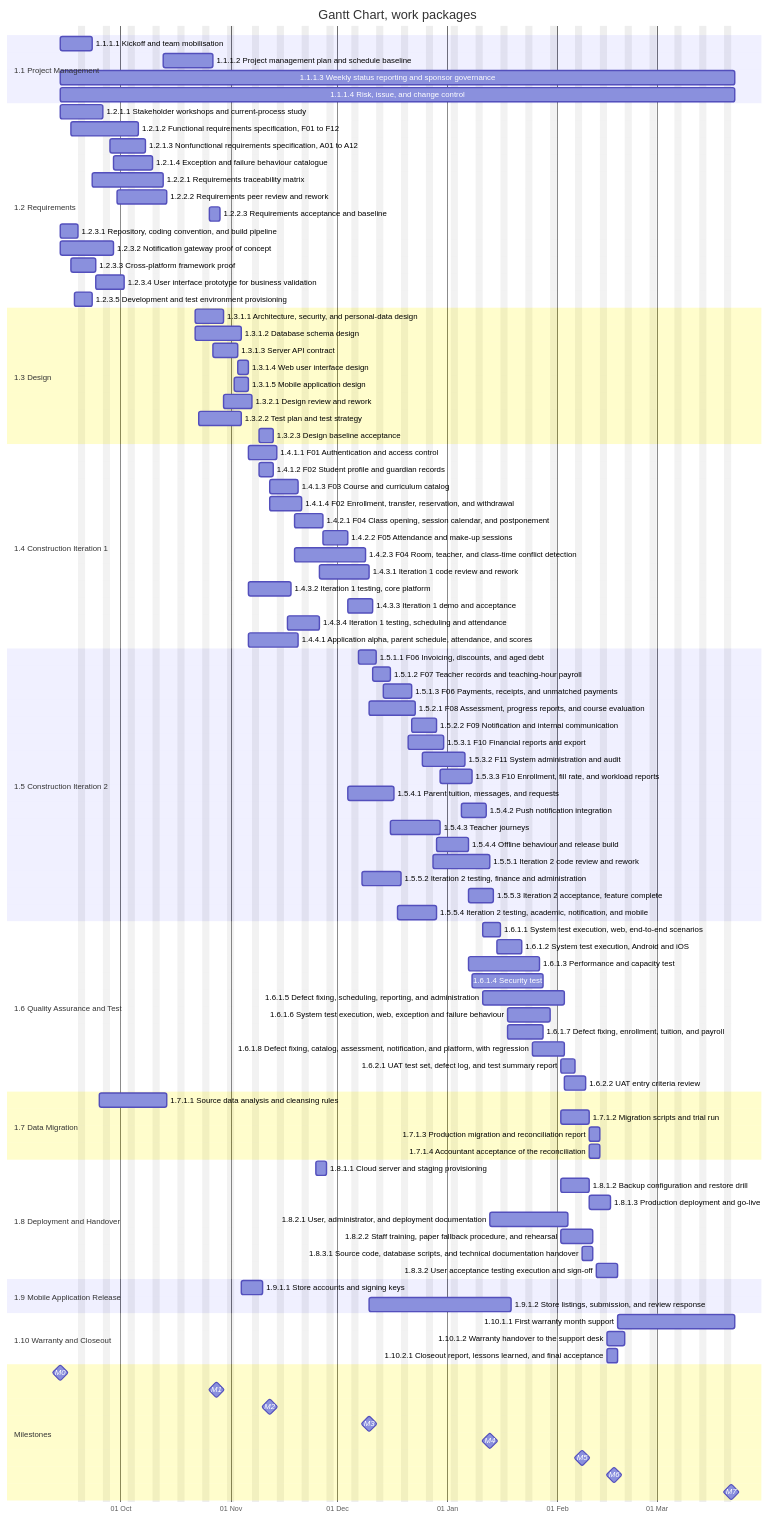
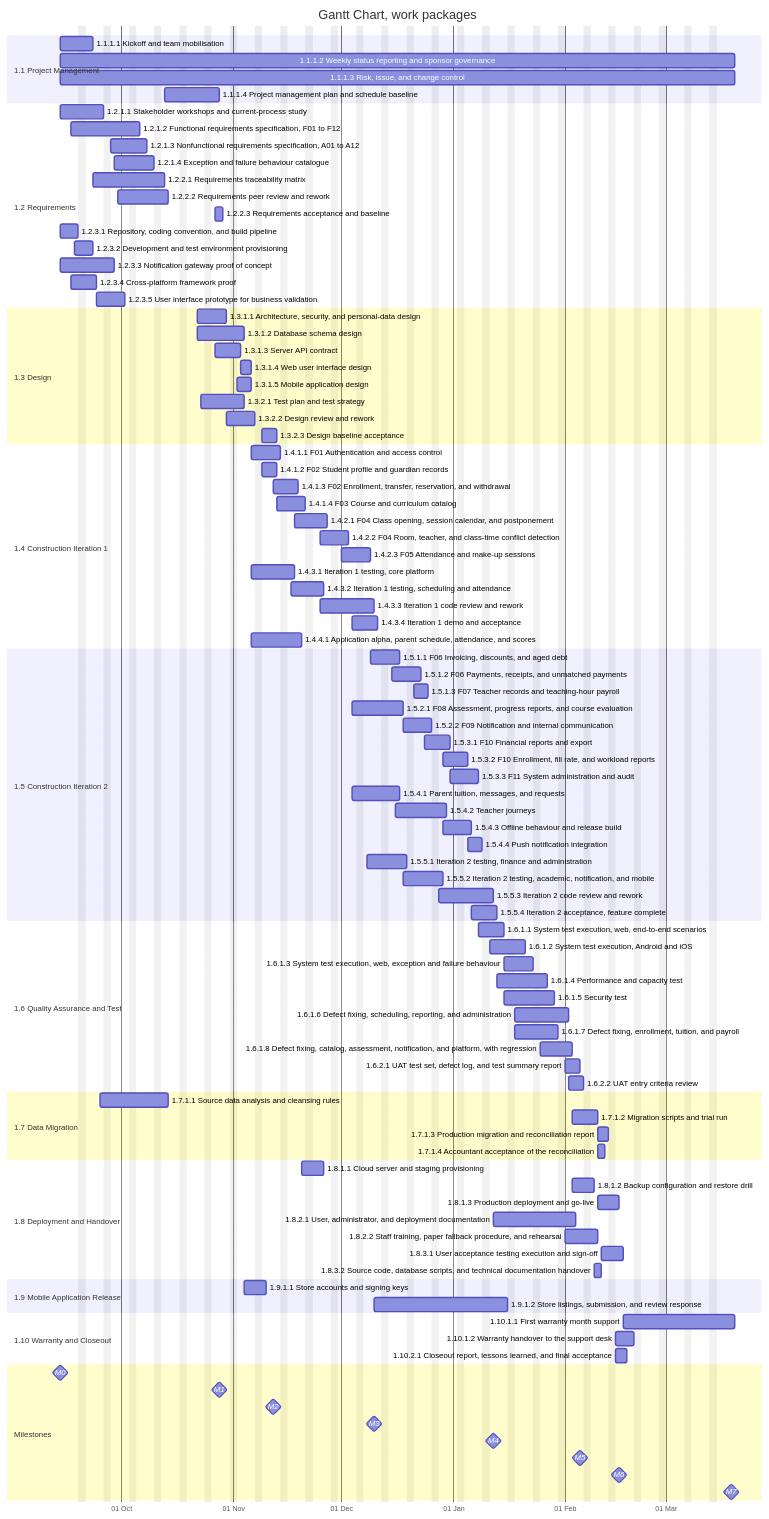
The diagram in docs/forms/2-18-project-schedule.en.md (VattenL/qldapm), drawn with Mermaid before and after one commit. The commit also changed other lines of this file and 11 other files, not shown here.

````diff
--- a/docs/forms/2-18-project-schedule.en.md
+++ b/docs/forms/2-18-project-schedule.en.md
@@ -351,9 +351,9 @@
     excludes weekends
     section 1.1 Project Management
     1.1.1.1 Kickoff and team mobilisation :2026-09-14, 2026-09-23
-    1.1.1.2 Project management plan and schedule baseline :2026-10-13, 2026-10-27
-    1.1.1.3 Weekly status reporting and sponsor governance :2026-09-14, 2027-03-23
-    1.1.1.4 Risk, issue, and change control :2026-09-14, 2027-03-23
+    1.1.1.2 Weekly status reporting and sponsor governance :2026-09-14, 2027-03-20
+    1.1.1.3 Risk, issue, and change control :2026-09-14, 2027-03-20
+    1.1.1.4 Project management plan and schedule baseline :2026-10-13, 2026-10-28
     section 1.2 Requirements
     1.2.1.1 Stakeholder workshops and current-process study :2026-09-14, 2026-09-26
     1.2.1.2 Functional requirements specification, F01 to F12 :2026-09-17, 2026-10-06
@@ -361,80 +361,80 @@
     1.2.1.4 Exception and failure behaviour catalogue :2026-09-29, 2026-10-10
     1.2.2.1 Requirements traceability matrix :2026-09-23, 2026-10-13
     1.2.2.2 Requirements peer review and rework :2026-09-30, 2026-10-14
-    1.2.2.3 Requirements acceptance and baseline :2026-10-26, 2026-10-29
+    1.2.2.3 Requirements acceptance and baseline :2026-10-27, 2026-10-29
     1.2.3.1 Repository, coding convention, and build pipeline :2026-09-14, 2026-09-19
-    1.2.3.2 Notification gateway proof of concept :2026-09-14, 2026-09-29
-    1.2.3.3 Cross-platform framework proof :2026-09-17, 2026-09-24
-    1.2.3.4 User interface prototype for business validation :2026-09-24, 2026-10-02
-    1.2.3.5 Development and test environment provisioning :2026-09-18, 2026-09-23
+    1.2.3.2 Development and test environment provisioning :2026-09-18, 2026-09-23
+    1.2.3.3 Notification gateway proof of concept :2026-09-14, 2026-09-29
+    1.2.3.4 Cross-platform framework proof :2026-09-17, 2026-09-24
+    1.2.3.5 User interface prototype for business validation :2026-09-24, 2026-10-02
     section 1.3 Design
     1.3.1.1 Architecture, security, and personal-data design :2026-10-22, 2026-10-30
     1.3.1.2 Database schema design :2026-10-22, 2026-11-04
     1.3.1.3 Server API contract :2026-10-27, 2026-11-03
     1.3.1.4 Web user interface design :2026-11-03, 2026-11-06
     1.3.1.5 Mobile application design :2026-11-02, 2026-11-06
-    1.3.2.1 Design review and rework :2026-10-30, 2026-11-07
-    1.3.2.2 Test plan and test strategy :2026-10-23, 2026-11-04
+    1.3.2.1 Test plan and test strategy :2026-10-23, 2026-11-04
+    1.3.2.2 Design review and rework :2026-10-30, 2026-11-07
     1.3.2.3 Design baseline acceptance :2026-11-09, 2026-11-13
     section 1.4 Construction Iteration 1
     1.4.1.1 F01 Authentication and access control :2026-11-06, 2026-11-14
     1.4.1.2 F02 Student profile and guardian records :2026-11-09, 2026-11-13
-    1.4.1.3 F03 Course and curriculum catalog :2026-11-12, 2026-11-20
-    1.4.1.4 F02 Enrollment, transfer, reservation, and withdrawal :2026-11-12, 2026-11-21
-    1.4.2.1 F04 Class opening, session calendar, and postponement :2026-11-19, 2026-11-27
-    1.4.2.2 F05 Attendance and make-up sessions :2026-11-27, 2026-12-04
-    1.4.2.3 F04 Room, teacher, and class-time conflict detection :2026-11-19, 2026-12-09
-    1.4.3.1 Iteration 1 code review and rework :2026-11-26, 2026-12-10
-    1.4.3.2 Iteration 1 testing, core platform :2026-11-06, 2026-11-18
-    1.4.3.3 Iteration 1 demo and acceptance :2026-12-04, 2026-12-11
-    1.4.3.4 Iteration 1 testing, scheduling and attendance :2026-11-17, 2026-11-26
+    1.4.1.3 F02 Enrollment, transfer, reservation, and withdrawal :2026-11-12, 2026-11-19
+    1.4.1.4 F03 Course and curriculum catalog :2026-11-13, 2026-11-21
+    1.4.2.1 F04 Class opening, session calendar, and postponement :2026-11-18, 2026-11-27
+    1.4.2.2 F04 Room, teacher, and class-time conflict detection :2026-11-25, 2026-12-03
+    1.4.2.3 F05 Attendance and make-up sessions :2026-12-01, 2026-12-09
+    1.4.3.1 Iteration 1 testing, core platform :2026-11-06, 2026-11-18
+    1.4.3.2 Iteration 1 testing, scheduling and attendance :2026-11-17, 2026-11-26
+    1.4.3.3 Iteration 1 code review and rework :2026-11-25, 2026-12-10
+    1.4.3.4 Iteration 1 demo and acceptance :2026-12-04, 2026-12-11
     1.4.4.1 Application alpha, parent schedule, attendance, and scores :2026-11-06, 2026-11-20
     section 1.5 Construction Iteration 2
-    1.5.1.1 F06 Invoicing, discounts, and aged debt :2026-12-07, 2026-12-12
-    1.5.1.2 F07 Teacher records and teaching-hour payroll :2026-12-11, 2026-12-16
-    1.5.1.3 F06 Payments, receipts, and unmatched payments :2026-12-14, 2026-12-22
-    1.5.2.1 F08 Assessment, progress reports, and course evaluation :2026-12-10, 2026-12-23
-    1.5.2.2 F09 Notification and internal communication :2026-12-22, 2026-12-29
-    1.5.3.1 F10 Financial reports and export :2026-12-21, 2026-12-31
-    1.5.3.2 F11 System administration and audit :2026-12-25, 2027-01-06
-    1.5.3.3 F10 Enrollment, fill rate, and workload reports :2026-12-30, 2027-01-08
+    1.5.1.1 F06 Invoicing, discounts, and aged debt :2026-12-09, 2026-12-17
+    1.5.1.2 F06 Payments, receipts, and unmatched payments :2026-12-15, 2026-12-23
+    1.5.1.3 F07 Teacher records and teaching-hour payroll :2026-12-21, 2026-12-25
+    1.5.2.1 F08 Assessment, progress reports, and course evaluation :2026-12-04, 2026-12-18
+    1.5.2.2 F09 Notification and internal communication :2026-12-18, 2026-12-26
+    1.5.3.1 F10 Financial reports and export :2026-12-24, 2026-12-31
+    1.5.3.2 F10 Enrollment, fill rate, and workload reports :2026-12-29, 2027-01-05
+    1.5.3.3 F11 System administration and audit :2026-12-31, 2027-01-08
     1.5.4.1 Parent tuition, messages, and requests :2026-12-04, 2026-12-17
-    1.5.4.2 Push notification integration :2027-01-05, 2027-01-12
-    1.5.4.3 Teacher journeys :2026-12-16, 2026-12-30
-    1.5.4.4 Offline behaviour and release build :2026-12-29, 2027-01-07
-    1.5.5.1 Iteration 2 code review and rework :2026-12-28, 2027-01-13
-    1.5.5.2 Iteration 2 testing, finance and administration :2026-12-08, 2026-12-19
-    1.5.5.3 Iteration 2 acceptance, feature complete :2027-01-07, 2027-01-14
-    1.5.5.4 Iteration 2 testing, academic, notification, and mobile :2026-12-18, 2026-12-29
+    1.5.4.2 Teacher journeys :2026-12-16, 2026-12-30
+    1.5.4.3 Offline behaviour and release build :2026-12-29, 2027-01-06
+    1.5.4.4 Push notification integration :2027-01-05, 2027-01-09
+    1.5.5.1 Iteration 2 testing, finance and administration :2026-12-08, 2026-12-19
+    1.5.5.2 Iteration 2 testing, academic, notification, and mobile :2026-12-18, 2026-12-29
+    1.5.5.3 Iteration 2 code review and rework :2026-12-28, 2027-01-12
+    1.5.5.4 Iteration 2 acceptance, feature complete :2027-01-06, 2027-01-13
     section 1.6 Quality Assurance and Test
-    1.6.1.1 System test execution, web, end-to-end scenarios :2027-01-11, 2027-01-16
-    1.6.1.2 System test execution, Android and iOS :2027-01-15, 2027-01-22
-    1.6.1.3 Performance and capacity test :2027-01-07, 2027-01-27
-    1.6.1.4 Security test :2027-01-08, 2027-01-28
-    1.6.1.5 Defect fixing, scheduling, reporting, and administration :2027-01-11, 2027-02-03
-    1.6.1.6 System test execution, web, exception and failure behaviour :2027-01-18, 2027-01-30
-    1.6.1.7 Defect fixing, enrollment, tuition, and payroll :2027-01-18, 2027-01-28
+    1.6.1.1 System test execution, web, end-to-end scenarios :2027-01-08, 2027-01-15
+    1.6.1.2 System test execution, Android and iOS :2027-01-11, 2027-01-21
+    1.6.1.3 System test execution, web, exception and failure behaviour :2027-01-15, 2027-01-23
+    1.6.1.4 Performance and capacity test :2027-01-13, 2027-01-27
+    1.6.1.5 Security test :2027-01-15, 2027-01-29
+    1.6.1.6 Defect fixing, scheduling, reporting, and administration :2027-01-18, 2027-02-02
+    1.6.1.7 Defect fixing, enrollment, tuition, and payroll :2027-01-18, 2027-01-30
     1.6.1.8 Defect fixing, catalog, assessment, notification, and platform, with regression :2027-01-25, 2027-02-03
-    1.6.2.1 UAT test set, defect log, and test summary report :2027-02-02, 2027-02-06
-    1.6.2.2 UAT entry criteria review :2027-02-03, 2027-02-09
+    1.6.2.1 UAT test set, defect log, and test summary report :2027-02-01, 2027-02-05
+    1.6.2.2 UAT entry criteria review :2027-02-02, 2027-02-06
     section 1.7 Data Migration
     1.7.1.1 Source data analysis and cleansing rules :2026-09-25, 2026-10-14
-    1.7.1.2 Migration scripts and trial run :2027-02-02, 2027-02-10
+    1.7.1.2 Migration scripts and trial run :2027-02-03, 2027-02-10
     1.7.1.3 Production migration and reconciliation report :2027-02-10, 2027-02-13
-    1.7.1.4 Accountant acceptance of the reconciliation :2027-02-10, 2027-02-13
+    1.7.1.4 Accountant acceptance of the reconciliation :2027-02-10, 2027-02-12
     section 1.8 Deployment and Handover
-    1.8.1.1 Cloud server and staging provisioning :2026-11-25, 2026-11-28
-    1.8.1.2 Backup configuration and restore drill :2027-02-02, 2027-02-10
+    1.8.1.1 Cloud server and staging provisioning :2026-11-20, 2026-11-26
+    1.8.1.2 Backup configuration and restore drill :2027-02-03, 2027-02-09
     1.8.1.3 Production deployment and go-live :2027-02-10, 2027-02-16
-    1.8.2.1 User, administrator, and deployment documentation :2027-01-13, 2027-02-04
-    1.8.2.2 Staff training, paper fallback procedure, and rehearsal :2027-02-02, 2027-02-11
-    1.8.3.1 Source code, database scripts, and technical documentation handover :2027-02-08, 2027-02-11
-    1.8.3.2 User acceptance testing execution and sign-off :2027-02-12, 2027-02-18
+    1.8.2.1 User, administrator, and deployment documentation :2027-01-12, 2027-02-04
+    1.8.2.2 Staff training, paper fallback procedure, and rehearsal :2027-02-01, 2027-02-10
+    1.8.3.1 User acceptance testing execution and sign-off :2027-02-11, 2027-02-17
+    1.8.3.2 Source code, database scripts, and technical documentation handover :2027-02-09, 2027-02-11
     section 1.9 Mobile Application Release
     1.9.1.1 Store accounts and signing keys :2026-11-04, 2026-11-10
-    1.9.1.2 Store listings, submission, and review response :2026-12-10, 2027-01-19
+    1.9.1.2 Store listings, submission, and review response :2026-12-10, 2027-01-16
     section 1.10 Warranty and Closeout
-    1.10.1.1 First warranty month support :2027-02-18, 2027-03-23
+    1.10.1.1 First warranty month support :2027-02-17, 2027-03-20
     1.10.1.2 Warranty handover to the support desk :2027-02-15, 2027-02-20
     1.10.2.1 Closeout report, lessons learned, and final acceptance :2027-02-15, 2027-02-18
     section Milestones
@@ -442,8 +442,8 @@
     M1 :milestone, 2026-10-28, 0d
     M2 :milestone, 2026-11-12, 0d
     M3 :milestone, 2026-12-10, 0d
-    M4 :milestone, 2027-01-13, 0d
-    M5 :milestone, 2027-02-08, 0d
-    M6 :milestone, 2027-02-17, 0d
-    M7 :milestone, 2027-03-22, 0d
+    M4 :milestone, 2027-01-12, 0d
+    M5 :milestone, 2027-02-05, 0d
+    M6 :milestone, 2027-02-16, 0d
+    M7 :milestone, 2027-03-19, 0d
 ```
````
